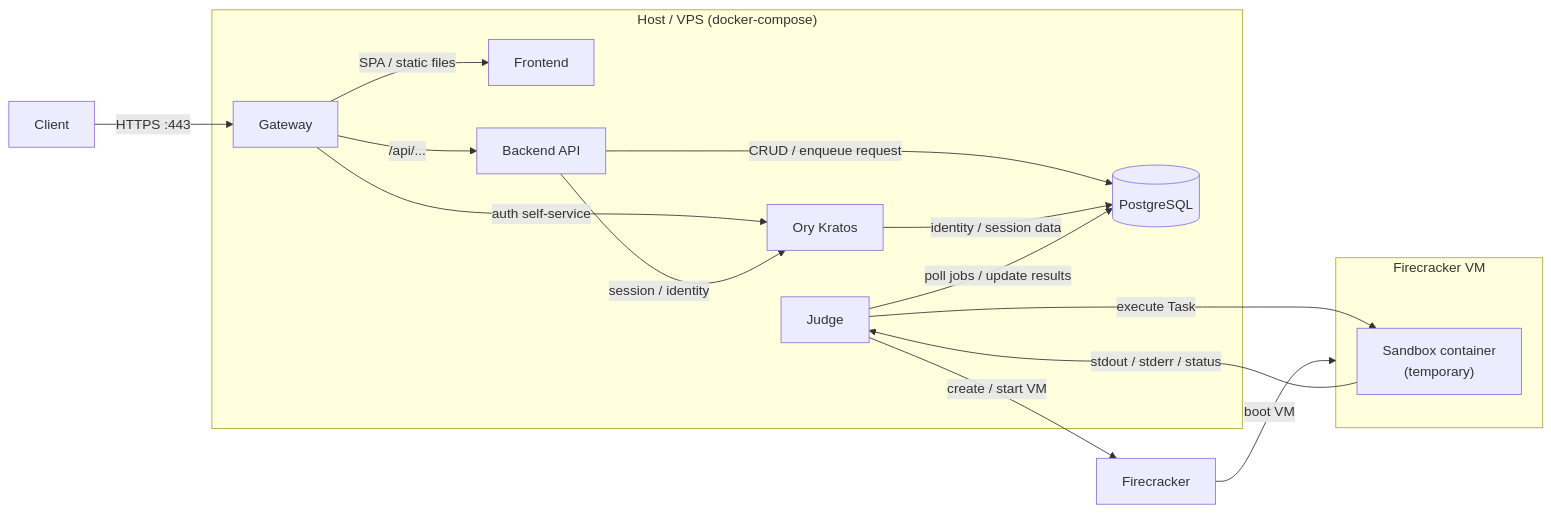
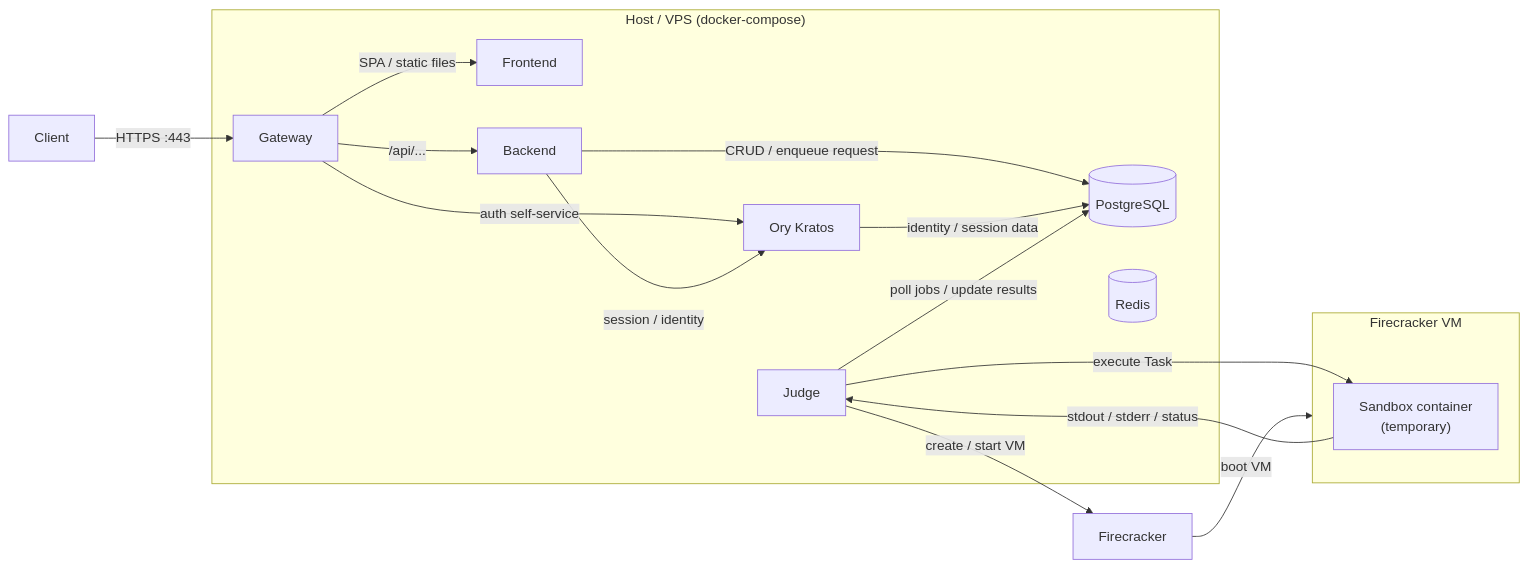
The diagram in docs/spec/README.md (dsa-uts/dsa-project), drawn with Mermaid before and after one commit. The commit also changed other lines of this file and 4 other files, not shown here.

````diff
--- a/docs/spec/README.md
+++ b/docs/spec/README.md
@@ -77,34 +82,35 @@
 ```mermaid
 flowchart LR
   client[Client]
 
   subgraph host["Host / VPS (docker-compose)"]
     GW[Gateway]
     FE[Frontend]
-    BE[Backend API]
+    BE[Backend]
     KR[Ory Kratos]
     DB[(PostgreSQL)]
+    RD[(Redis)]
     JD[Judge]
   end
 
   subgraph vm["Firecracker VM"]
     sandbox["Sandbox container<br/>(temporary)"]
   end
 
   FC[Firecracker]
 
   client -->|HTTPS :443| GW
   GW -->|SPA / static files| FE
   GW -->|/api/...| BE
   GW -->|auth self-service| KR
 
   BE -->|session / identity| KR
   BE -->|CRUD / enqueue request| DB
   KR -->|identity / session data| DB
 
   JD -->|poll jobs / update results| DB
   JD -->|create / start VM| FC
   FC -->|boot VM| vm
   JD -->|execute Task| sandbox
   sandbox -->|stdout / stderr / status| JD
 ```
````
